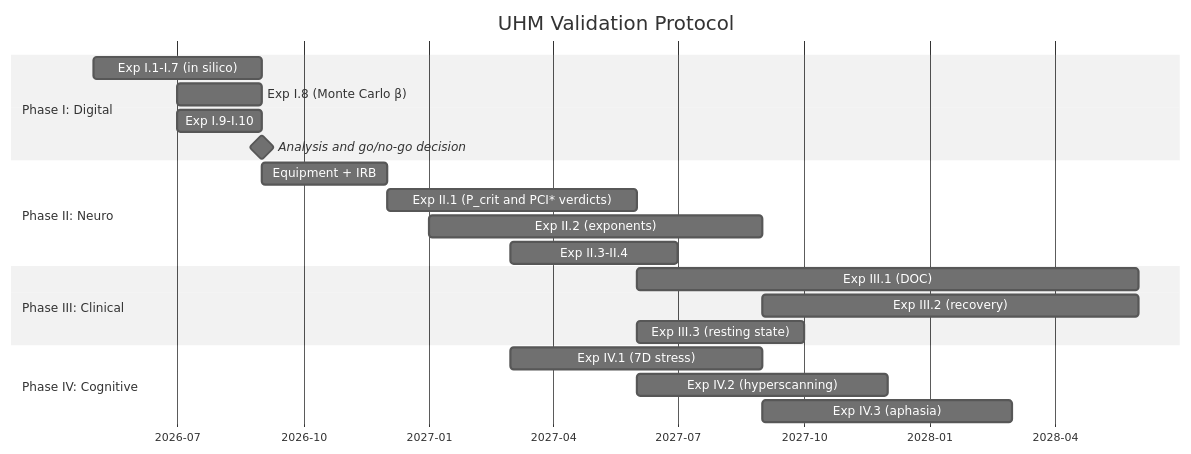
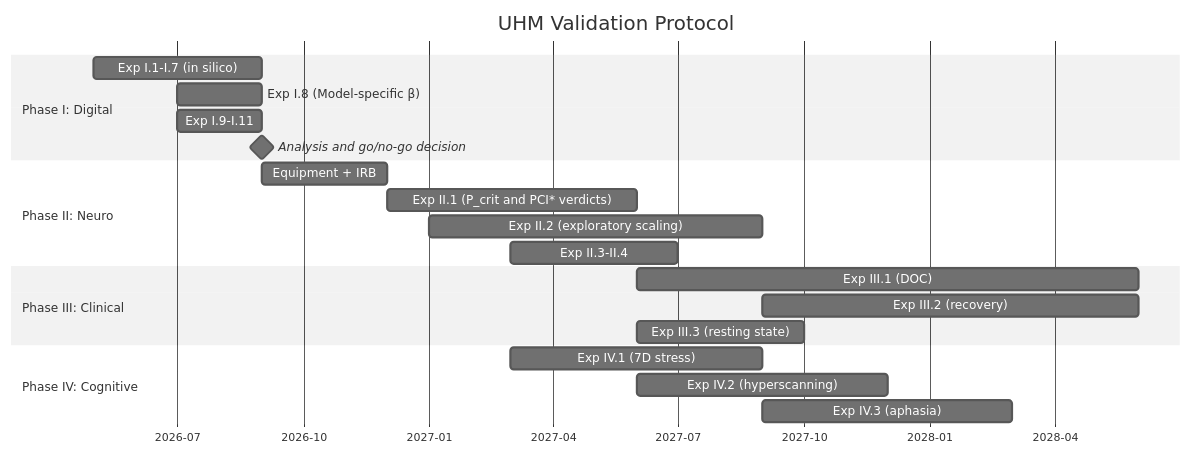
One commit to gst-st/uhm changed the diagram in website/docs/applied/research/experimental-protocol.md. Above: the diagram before and after it, drawn with Mermaid (neutral theme). The commit also changed other lines of this file and 376 other files, not shown here.

First line of the commit message:
Refactor UHM canon, decontaminate architecture, and verify EN/RU parity

````diff
--- a/website/docs/applied/research/experimental-protocol.md
+++ b/website/docs/applied/research/experimental-protocol.md
@@ -497,28 +532,28 @@
 ```mermaid
 gantt
     title UHM Validation Protocol
     dateFormat YYYY-MM
     axisFormat %Y-%m
 
     section Phase I: Digital
     Exp I.1-I.7 (in silico)      :i1, 2026-05, 4M
-    Exp I.8 (Monte Carlo β)      :i8, 2026-07, 2M
-    Exp I.9-I.10                  :i9, 2026-07, 2M
+    Exp I.8 (Model-specific β)   :i8, 2026-07, 2M
+    Exp I.9-I.11                 :i9, 2026-07, 2M
     Analysis and go/no-go decision :milestone, m1, after i8, 0d
 
     section Phase II: Neuro
     Equipment + IRB                :ii0, 2026-09, 3M
     Exp II.1 (P_crit and PCI* verdicts) :ii1, 2026-12, 6M
-    Exp II.2 (exponents)          :ii2, 2027-01, 8M
+    Exp II.2 (exploratory scaling) :ii2, 2027-01, 8M
     Exp II.3-II.4                 :ii3, 2027-03, 4M
 
     section Phase III: Clinical
     Exp III.1 (DOC)               :iii1, 2027-06, 12M
     Exp III.2 (recovery)          :iii2, 2027-09, 9M
     Exp III.3 (resting state)     :iii3, 2027-06, 4M
 
     section Phase IV: Cognitive
     Exp IV.1 (7D stress)          :iv1, 2027-03, 6M
     Exp IV.2 (hyperscanning)      :iv2, 2027-06, 6M
     Exp IV.3 (aphasia)            :iv3, 2027-09, 6M
 ```
````
